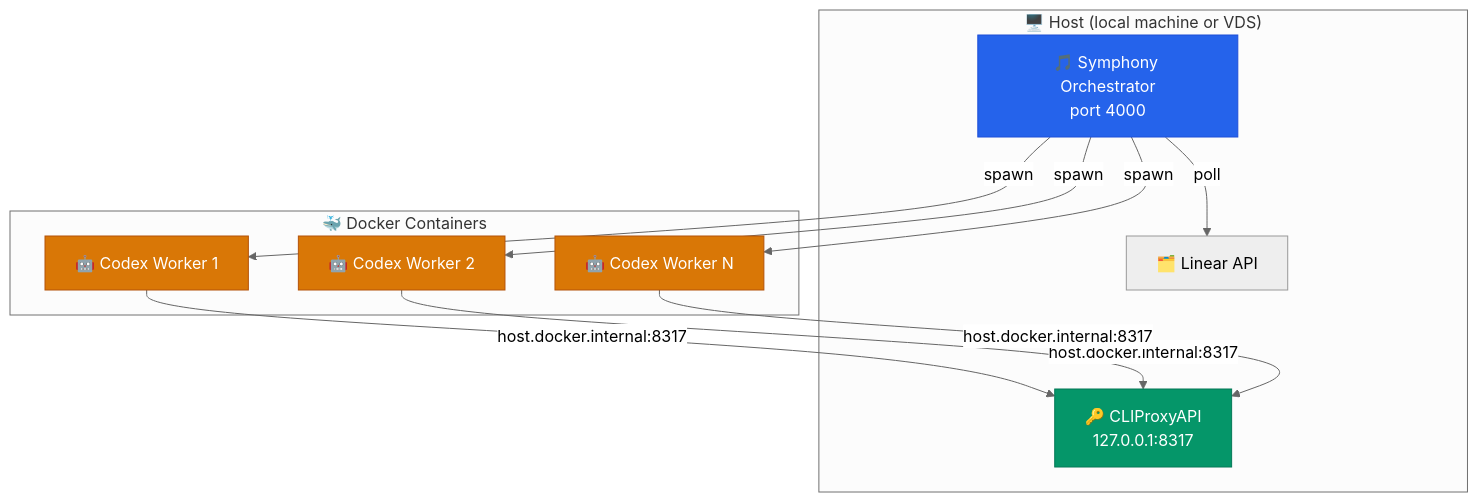
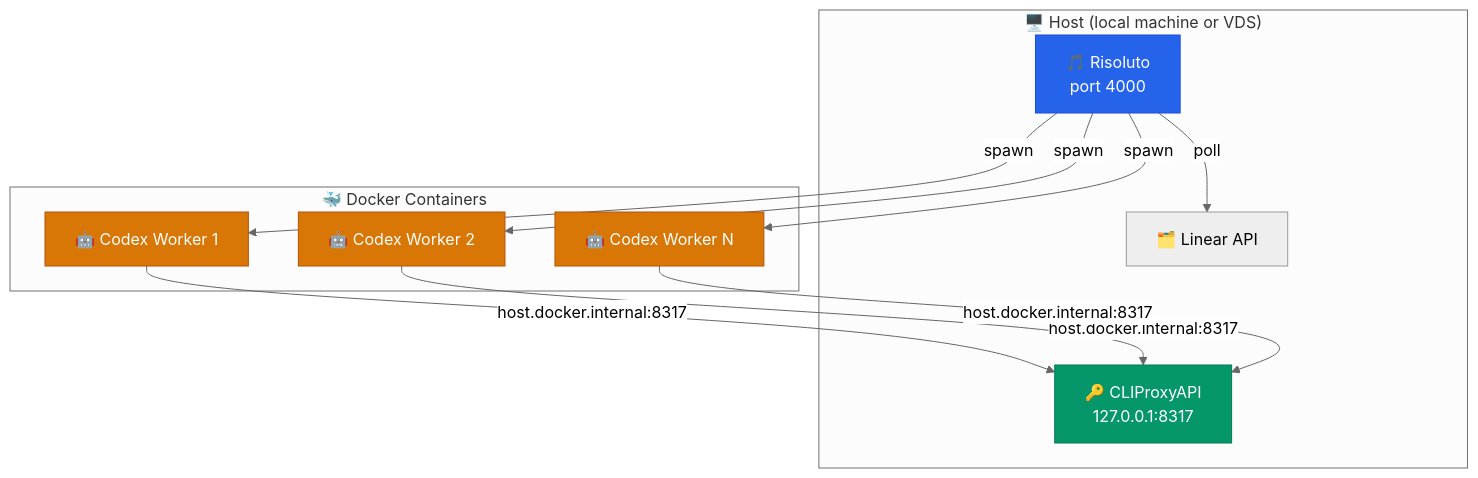
Before and after one commit to OmerFarukOruc/risoluto: the first of 4 diagrams in docs/OPERATOR_GUIDE.md, drawn with Mermaid (neutral theme). The commit also changed other lines of this file and 348 other files, not shown here.

````diff
--- a/docs/OPERATOR_GUIDE.md
+++ b/docs/OPERATOR_GUIDE.md
@@ -71,28 +70,28 @@
 ```mermaid
 flowchart TD
     subgraph Host ["🖥️ Host (local machine or VDS)"]
         CLIP["🔑 CLIProxyAPI\n127.0.0.1:8317"]
-        SYM["🎵 Symphony Orchestrator\nport 4000"]
+        SYM["🎵 Risoluto\nport 4000"]
         LINEAR["🗂️ Linear API"]
     end
 
     subgraph Docker ["🐳 Docker Containers"]
         CX1["🤖 Codex Worker 1"]
         CX2["🤖 Codex Worker 2"]
         CXN["🤖 Codex Worker N"]
     end
 
     SYM -->|poll| LINEAR
     SYM -->|spawn| CX1
     SYM -->|spawn| CX2
     SYM -->|spawn| CXN
     CX1 -->|"host.docker.internal:8317"| CLIP
     CX2 -->|"host.docker.internal:8317"| CLIP
     CXN -->|"host.docker.internal:8317"| CLIP
 
     style CLIP fill:#059669,stroke:#047857,color:#fff
     style SYM fill:#2563eb,stroke:#1d4ed8,color:#fff
     style CX1 fill:#d97706,stroke:#b45309,color:#fff
     style CX2 fill:#d97706,stroke:#b45309,color:#fff
     style CXN fill:#d97706,stroke:#b45309,color:#fff
 ```
````
